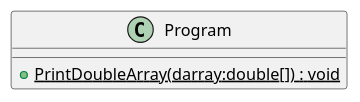
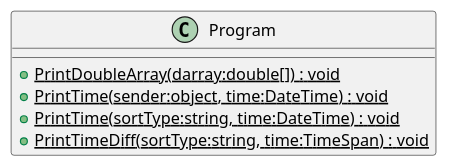
One commit to 19vano97/levelupoop2 changed the diagram in plantuml/20240823_HW_Delegate/Program.puml. Above: the diagram before and after it, drawn with PlantUML. The commit also changed 35 other files, not shown here.

```diff
--- a/plantuml/20240823_HW_Delegate/Program.puml
+++ b/plantuml/20240823_HW_Delegate/Program.puml
@@ -1,5 +1,8 @@
 @startuml
 class Program {
     + {static} PrintDoubleArray(darray:double[]) : void
+    + {static} PrintTime(sender:object, time:DateTime) : void
+    + {static} PrintTime(sortType:string, time:DateTime) : void
+    + {static} PrintTimeDiff(sortType:string, time:TimeSpan) : void
 }
 @enduml
```
